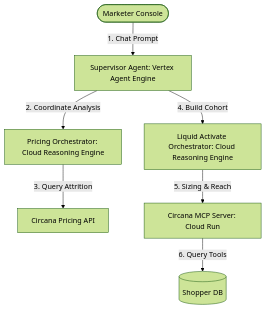
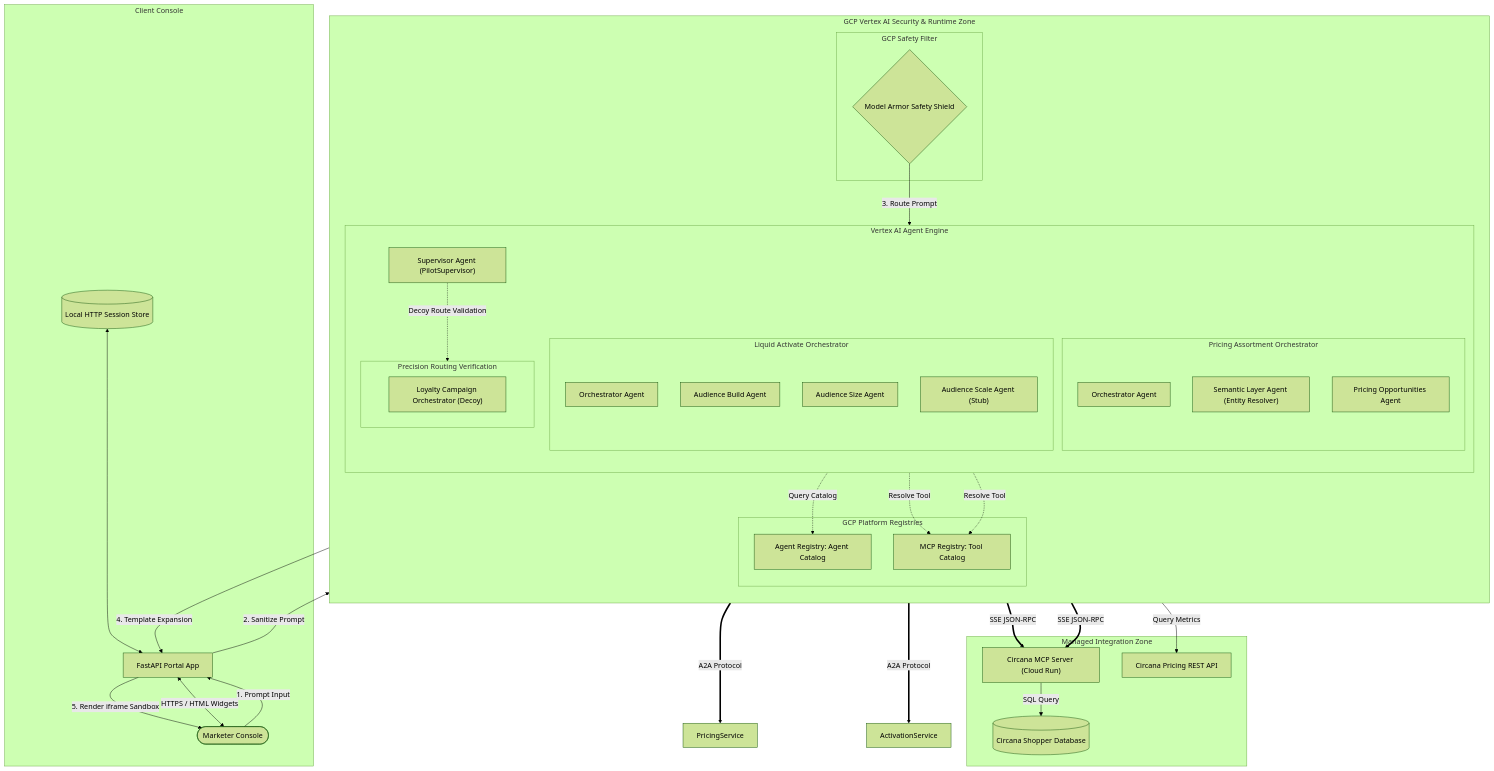
Before and after one commit to elhadik/a2a_MCP_a2ui_agentengine_demo_session_longTermMemory: the first of 2 diagrams in README.md, drawn with Mermaid (forest theme). The commit also changed other lines of this file, not shown here.

Commit message:
docs: finalize comprehensive Mermaid diagrams, Model Armor boundaries, A2A/A2UI flows, and registry details in README

````diff
--- a/README.md
+++ b/README.md
@@ -19,10 +19,70 @@
 ```mermaid
-graph TD
-    User([Marketer Console]) -->|1. Chat Prompt| Supervisor[Supervisor Agent: Vertex Agent Engine]
-    Supervisor -->|2. Coordinate Analysis| Pricing[Pricing Orchestrator: Cloud Reasoning Engine]
-    Supervisor -->|4. Build Cohort| Activate[Liquid Activate Orchestrator: Cloud Reasoning Engine]
+graph TB
+    subgraph Client Layer [Client Console]
+        User([Marketer Console]) <-->|HTTPS / HTML Widgets| Portal[FastAPI Portal App]
+        PortalDB[(Local HTTP Session Store)] <--> Portal
+    end
+
+    subgraph GCP Agent Platform [GCP Vertex AI Security & Runtime Zone]
+        direction TB
+        subgraph Security Gate [GCP Safety Filter]
+            ModelArmor{Model Armor Safety Shield}
+        end
+        
+        subgraph Runtime [Vertex AI Agent Engine]
+            direction TB
+            Supervisor["Supervisor Agent (PilotSupervisor)"]
+            
+            subgraph Pricing Service [Pricing Assortment Orchestrator]
+                PricingOrch["Orchestrator Agent"]
+                SemanticAgent["Semantic Layer Agent (Entity Resolver)"]
+                PricingOppAgent["Pricing Opportunities Agent"]
+            end
+            
+            subgraph Activation Service [Liquid Activate Orchestrator]
+                ActivateOrch["Orchestrator Agent"]
+                BuildAgent["Audience Build Agent"]
+                SizeAgent["Audience Size Agent"]
+                ScaleAgent["Audience Scale Agent (Stub)"]
+            end
+
+            subgraph Decoys [Precision Routing Verification]
+                LoyaltyOrch["Loyalty Campaign Orchestrator (Decoy)"]
+            end
+        end
+
+        subgraph Directory [GCP Platform Registries]
+            AgentRegistry[Agent Registry: Agent Catalog]
+            MCPRegistry[MCP Registry: Tool Catalog]
+        end
+    end
+
+    subgraph Integration Layer [Managed Integration Zone]
+        CloudRunMCP["Circana MCP Server (Cloud Run)"]
+        OnPremDB[(Circana Shopper Database)]
+        PricingAPI[Circana Pricing REST API]
+    end
+
+    %% Communication Flow
+    User -->|1. Prompt Input| Portal
+    Portal -->|2. Sanitize Prompt| ModelArmor
+    ModelArmor -->|3. Route Prompt| Supervisor
+    Supervisor -.->|Query Catalog| AgentRegistry
     
-    Pricing -->|3. Query Attrition| PriceAPI[Circana Pricing API]
-    Activate -->|5. Sizing & Reach| MCPServer[Circana MCP Server: Cloud Run]
-    MCPServer -->|6. Query Tools| DB[(Shopper DB)]
+    %% Orchestration Delegation (A2A)
+    Supervisor ===>|A2A Protocol| PricingService
+    Supervisor ===>|A2A Protocol| ActivationService
+    Supervisor -.->|Decoy Route Validation| Decoys
+    
+    PricingOppAgent -->|Query Metrics| PricingAPI
+    BuildAgent -.->|Resolve Tool| MCPRegistry
+    SizeAgent -.->|Resolve Tool| MCPRegistry
+    
+    BuildAgent ==>|SSE JSON-RPC| CloudRunMCP
+    SizeAgent ==>|SSE JSON-RPC| CloudRunMCP
+    CloudRunMCP -->|SQL Query| OnPremDB
+    
+    %% UI Projection (A2UI)
+    Supervisor -->|4. Template Expansion| Portal
+    Portal -->|5. Render iframe Sandbox| User
 ```
````
